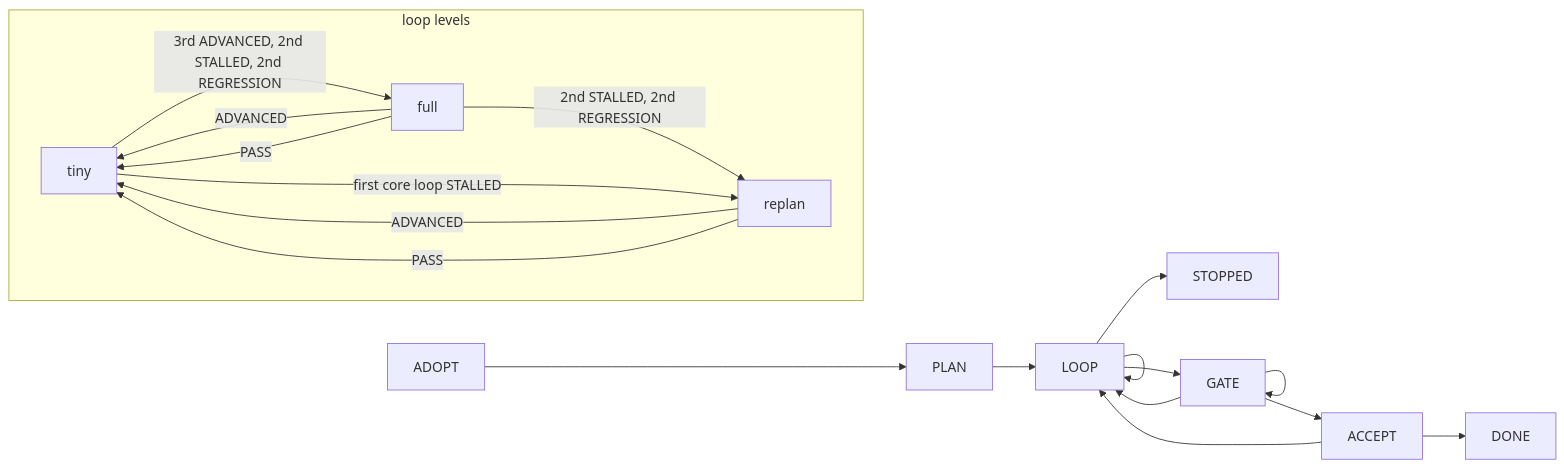
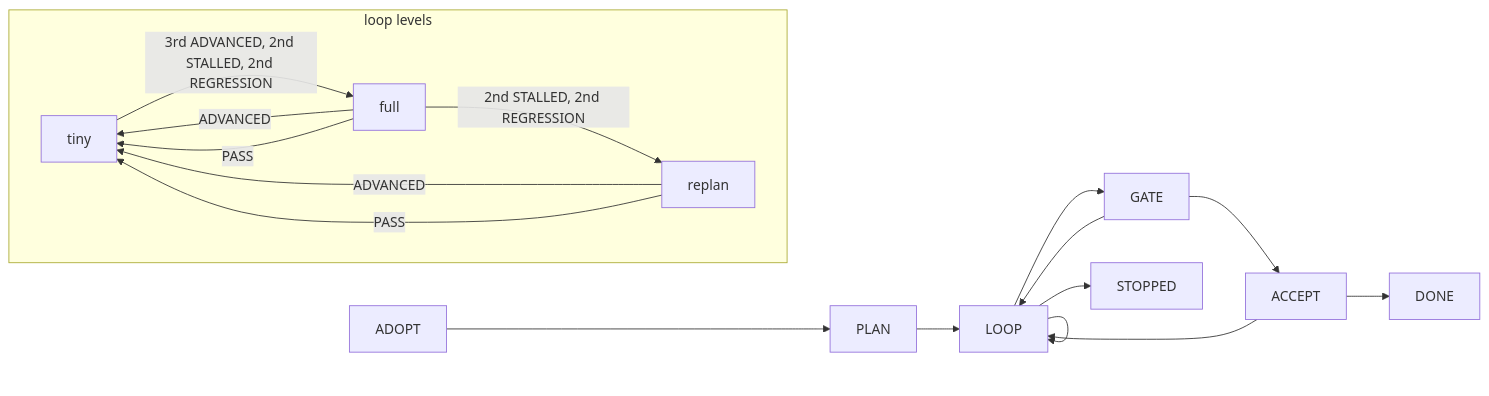
One commit to Lycvrgvs/cheapGPT changed the diagram in README.md. Above: the diagram before and after it, drawn with Mermaid. The commit also changed other lines of this file and 25 other files, not shown here.

````diff
--- a/README.md
+++ b/README.md
@@ -162,23 +162,21 @@
 ```mermaid
 flowchart LR
   ADOPT --> PLAN
   PLAN --> LOOP
   LOOP --> LOOP
   LOOP --> GATE
   LOOP --> STOPPED
   GATE --> LOOP
-  GATE --> GATE
   GATE --> ACCEPT
   ACCEPT --> DONE
   ACCEPT --> LOOP
   subgraph ladder [loop levels]
     direction LR
     tiny -->|3rd ADVANCED, 2nd STALLED, 2nd REGRESSION| full
     full -->|ADVANCED| tiny
     full -->|2nd STALLED, 2nd REGRESSION| replan
     replan -->|ADVANCED| tiny
-    tiny -->|first core loop STALLED| replan
     full -->|PASS| tiny
     replan -->|PASS| tiny
   end
 ```
````
